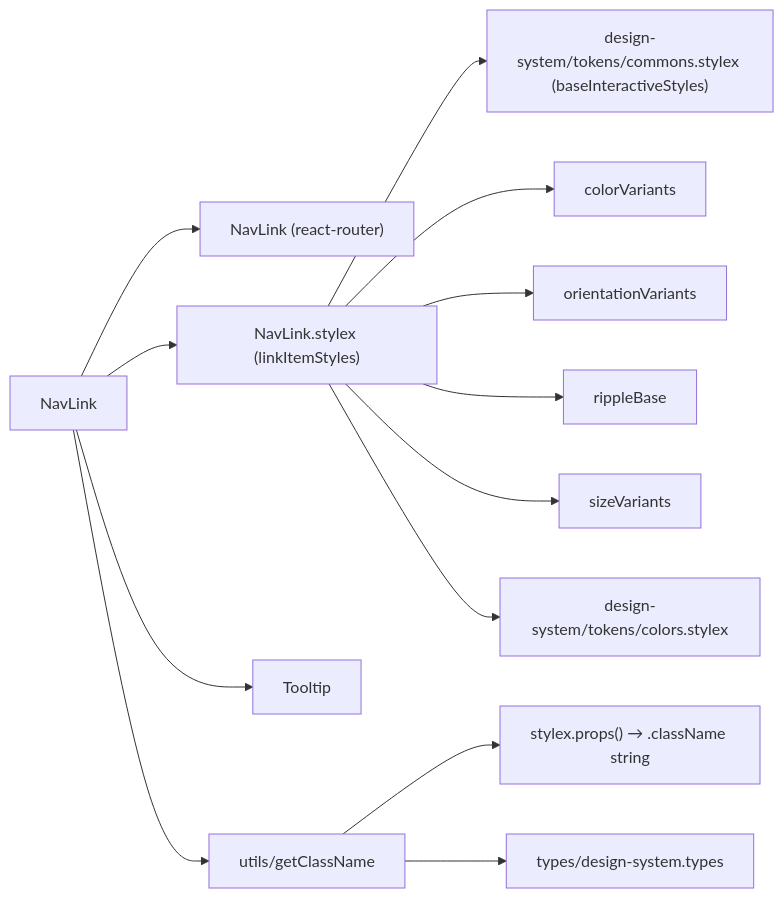
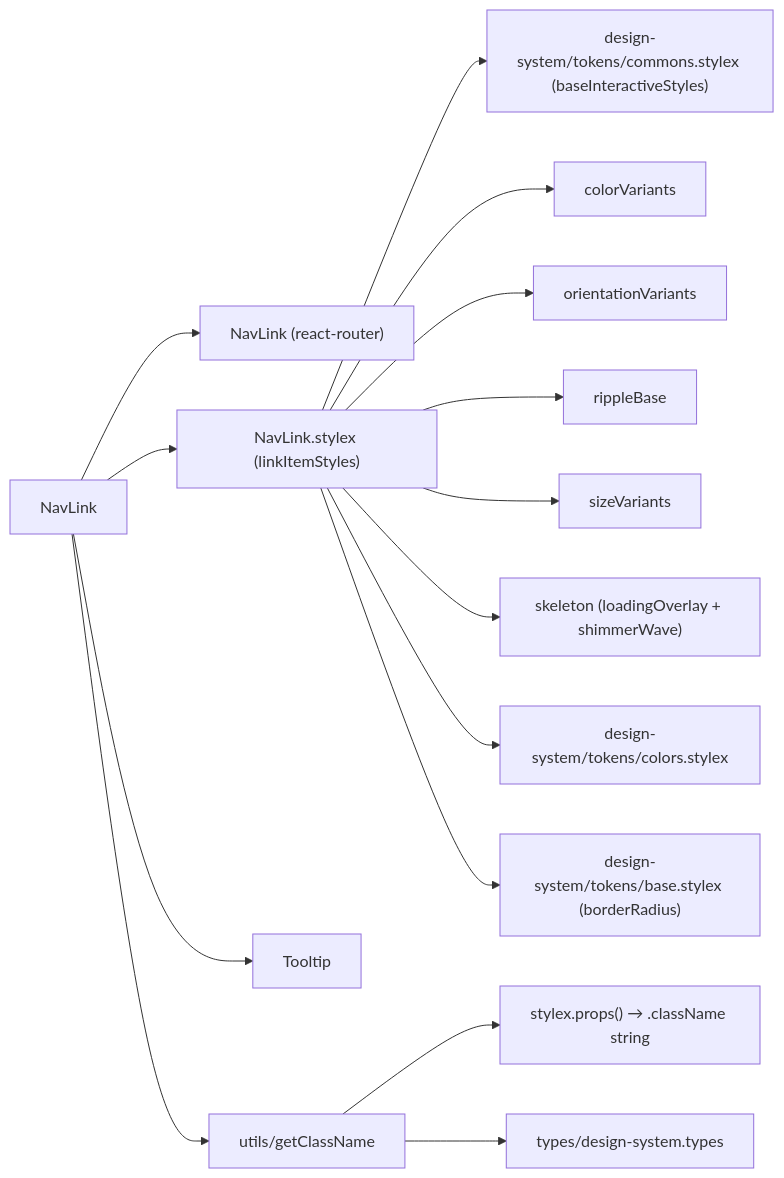
One commit to luciocabrera/lcabrera-stack changed the first of 2 diagrams in packages/ui/src/components/NavLink/ARCHITECTURE.md. Above: the diagram before and after it, drawn with Mermaid. The commit also changed other lines of this file and 12 other files, not shown here.

````diff
--- a/packages/ui/src/components/NavLink/ARCHITECTURE.md
+++ b/packages/ui/src/components/NavLink/ARCHITECTURE.md
@@ -20,17 +20,19 @@
 ```mermaid
 graph LR
   NavLink --> RouterNavLink["NavLink (react-router)"]
   NavLink --> NavLink_stylex["NavLink.stylex (linkItemStyles)"]
   NavLink --> Tooltip
   NavLink --> getClassName["utils/getClassName"]
 
   NavLink_stylex --> baseInteractiveStyles["design-system/tokens/commons.stylex (baseInteractiveStyles)"]
   NavLink_stylex --> colorVariants["colorVariants"]
   NavLink_stylex --> orientationVariants["orientationVariants"]
   NavLink_stylex --> rippleBase["rippleBase"]
   NavLink_stylex --> sizeVariants["sizeVariants"]
+  NavLink_stylex --> skeleton["skeleton (loadingOverlay + shimmerWave)"]
   NavLink_stylex --> colors["design-system/tokens/colors.stylex"]
+  NavLink_stylex --> borderRadius["design-system/tokens/base.stylex (borderRadius)"]
 
   getClassName --> stylex_props["stylex.props() → .className string"]
   getClassName --> design_types["types/design-system.types"]
 ```
````
